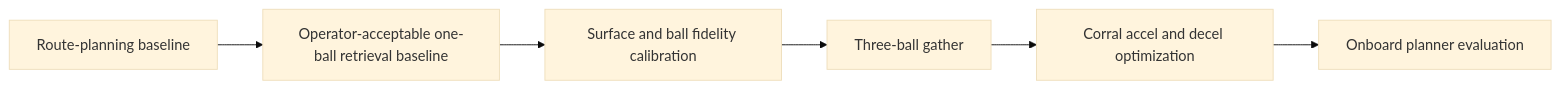
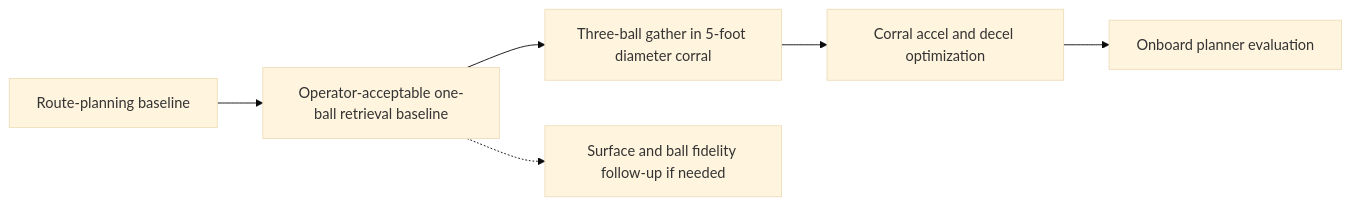
Before and after one commit to fsmalkin/chasebot: the diagram in docs/ROADMAP_2026_H2.md, drawn with Mermaid (base theme). The commit also changed other lines of this file and 22 other files, not shown here.

Commit message:
feat: expose multi-ball corral UAT and preserve final state

````diff
--- a/docs/ROADMAP_2026_H2.md
+++ b/docs/ROADMAP_2026_H2.md
@@ -151,8 +150,8 @@
 ```mermaid
 flowchart LR
     A[Route-planning baseline] --> B[Operator-acceptable one-ball retrieval baseline]
-    B --> C[Surface and ball fidelity calibration]
-    C --> D[Three-ball gather]
-    D --> E[Corral accel and decel optimization]
-    E --> F[Onboard planner evaluation]
+    B --> C[Three-ball gather in 5-foot diameter corral]
+    C --> D[Corral accel and decel optimization]
+    D --> E[Onboard planner evaluation]
+    B -.-> F[Surface and ball fidelity follow-up if needed]
 ```
````
